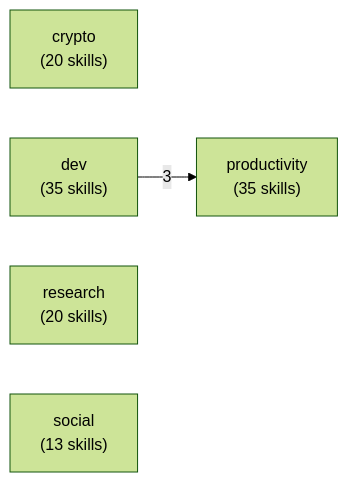
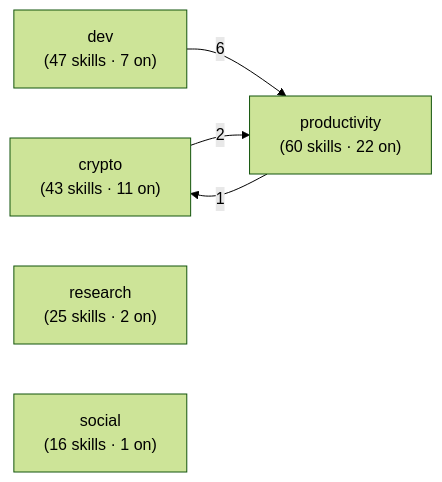
One commit to anajuliabit/aeon changed the first of 7 diagrams in docs/skill-graph.md. Above: the diagram before and after it, drawn with Mermaid (forest theme). The commit also changed other lines of this file and 1 other file, not shown here.

First line of the commit message:
docs(skill-graph): regenerate map (+68 skills · 4→5 depends_on · 9→21 shared-state)

````diff
--- a/docs/skill-graph.md
+++ b/docs/skill-graph.md
@@ -22,9 +22,11 @@
 ```mermaid
 flowchart LR
-  crypto["crypto<br/>(20 skills)"]
-  dev["dev<br/>(35 skills)"]
-  productivity["productivity<br/>(35 skills)"]
-  research["research<br/>(20 skills)"]
-  social["social<br/>(13 skills)"]
-  dev -->|3| productivity
+  crypto["crypto<br/>(43 skills · 11 on)"]
+  dev["dev<br/>(47 skills · 7 on)"]
+  productivity["productivity<br/>(60 skills · 22 on)"]
+  research["research<br/>(25 skills · 2 on)"]
+  social["social<br/>(16 skills · 1 on)"]
+  dev -->|6| productivity
+  crypto -->|2| productivity
+  productivity -->|1| crypto
 ```
````
